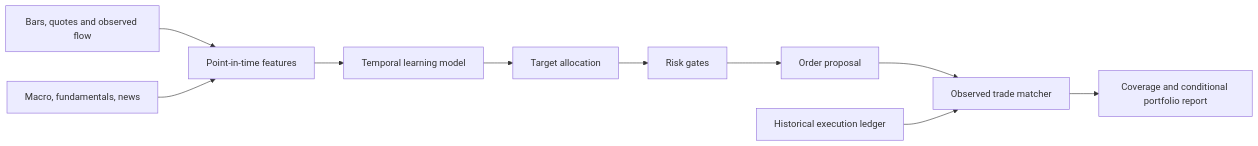
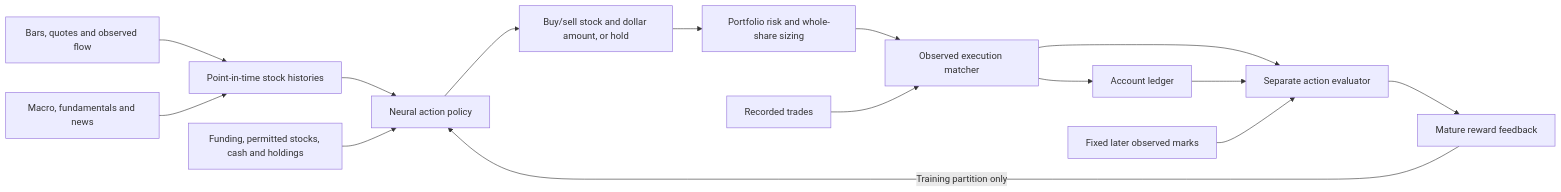
One commit to Leaf-Ye-103/StockTrade changed the diagram in docs/architecture.md. Above: the diagram before and after it, drawn with Mermaid. The commit also changed other lines of this file and 11 other files, not shown here.

Commit message:
Train policies from mature evaluator feedback with chronological portfolio workflows

````diff
--- a/docs/architecture.md
+++ b/docs/architecture.md
@@ -5,12 +5,17 @@
 ```mermaid
 flowchart LR
-    B[Bars, quotes and observed flow] --> F[Point-in-time features]
-    E[Macro, fundamentals, news] --> F
-    F --> M[Temporal learning model]
-    M --> A[Target allocation]
-    A --> R[Risk gates]
-    R --> P[Order proposal]
-    P --> X[Observed trade matcher]
-    T[Historical execution ledger] --> X
-    X --> O[Coverage and conditional portfolio report]
+    B[Bars, quotes and observed flow] --> F[Point-in-time stock histories]
+    E[Macro, fundamentals and news] --> F
+    F --> M[Neural action policy]
+    C[Funding, permitted stocks, cash and holdings] --> M
+    M --> A[Buy/sell stock and dollar amount, or hold]
+    A --> R[Portfolio risk and whole-share sizing]
+    R --> X[Observed execution matcher]
+    T[Recorded trades] --> X
+    X --> P[Account ledger]
+    X --> V[Separate action evaluator]
+    P --> V
+    H[Fixed later observed marks] --> V
+    V --> G[Mature reward feedback]
+    G -->|Training partition only| M
 ```
````
